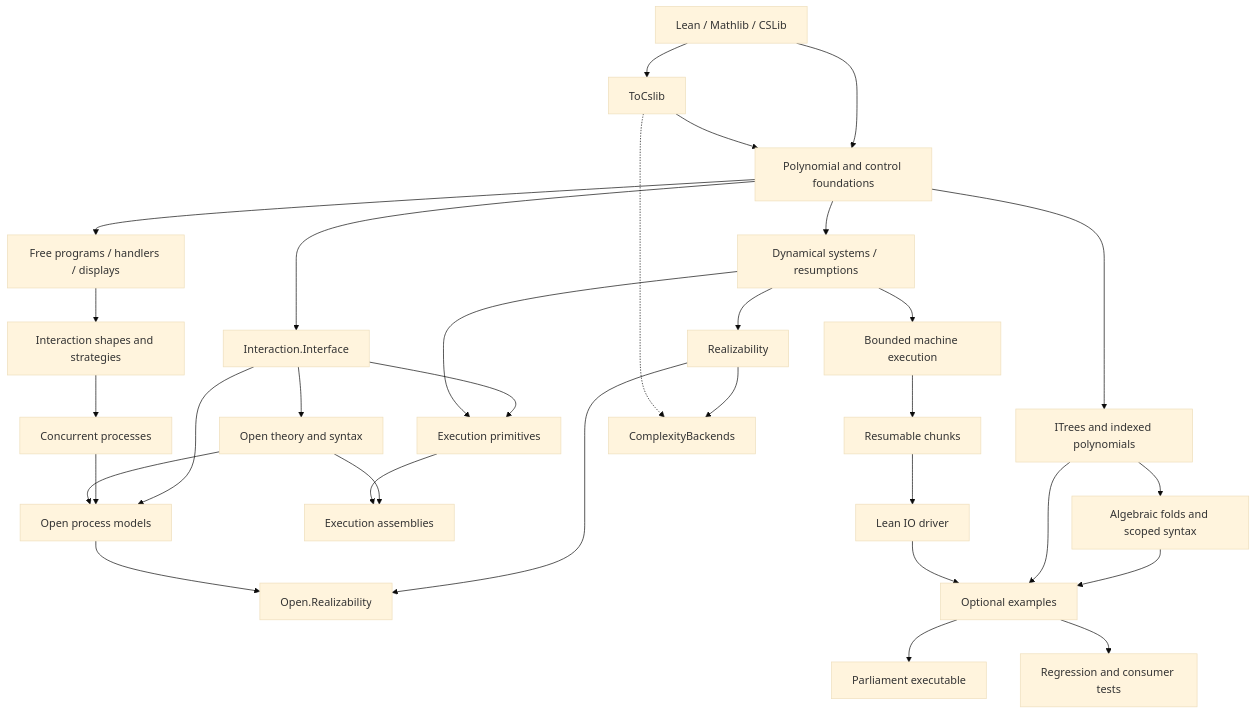
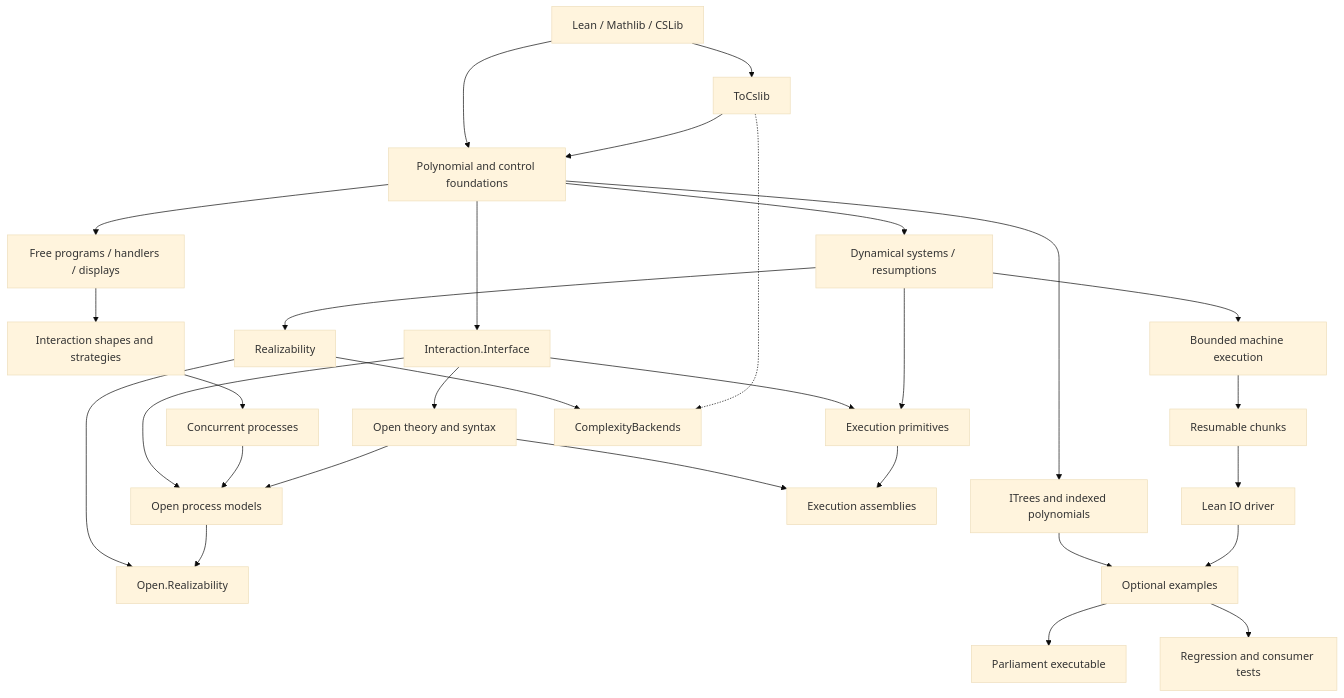
One commit to Verified-zkEVM/PolyFun changed the diagram in docs/reference/repo-map.md. Above: the diagram before and after it, drawn with Mermaid (base theme). The commit also changed other lines of this file and 47 other files, not shown here.

````diff
--- a/docs/reference/repo-map.md
+++ b/docs/reference/repo-map.md
@@ -76,34 +71,32 @@
 ```mermaid
 flowchart TD
   U[Lean / Mathlib / CSLib] --> T[ToCslib]
   U --> P[Polynomial and control foundations]
   T --> P
   P --> F[Free programs / handlers / displays]
   P --> D[Dynamical systems / resumptions]
   D --> BD[Bounded machine execution]
   BD --> RC[Resumable chunks]
   RC --> IO[Lean IO driver]
   P --> I[ITrees and indexed polynomials]
   F --> S[Interaction shapes and strategies]
   S --> C[Concurrent processes]
   P --> B[Interaction.Interface]
   B --> O[Open theory and syntax]
   B --> E[Execution primitives]
   D --> E
   O --> A[Execution assemblies]
   E --> A
   B --> OP[Open process models]
   C --> OP
   O --> OP
   D --> R[Realizability]
   R --> OR[Open.Realizability]
   OP --> OR
   R --> AD[ComplexityBackends]
   T -.-> AD
-  I --> SF[Algebraic folds and scoped syntax]
-  SF --> EX[Optional examples]
-  I --> EX
+  I --> EX[Optional examples]
   IO --> EX
   EX --> CLI[Parliament executable]
   EX --> TEST[Regression and consumer tests]
 ```
````
